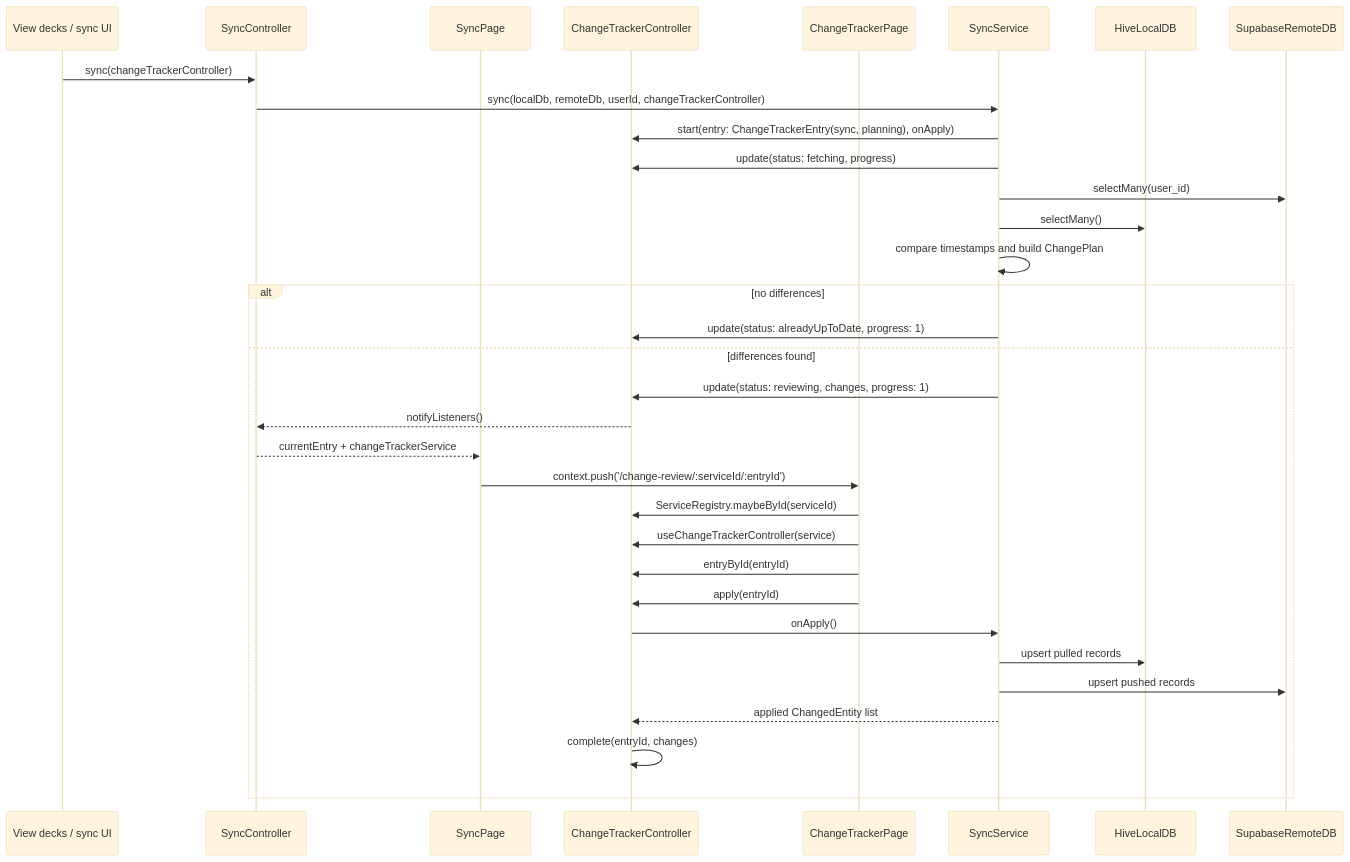
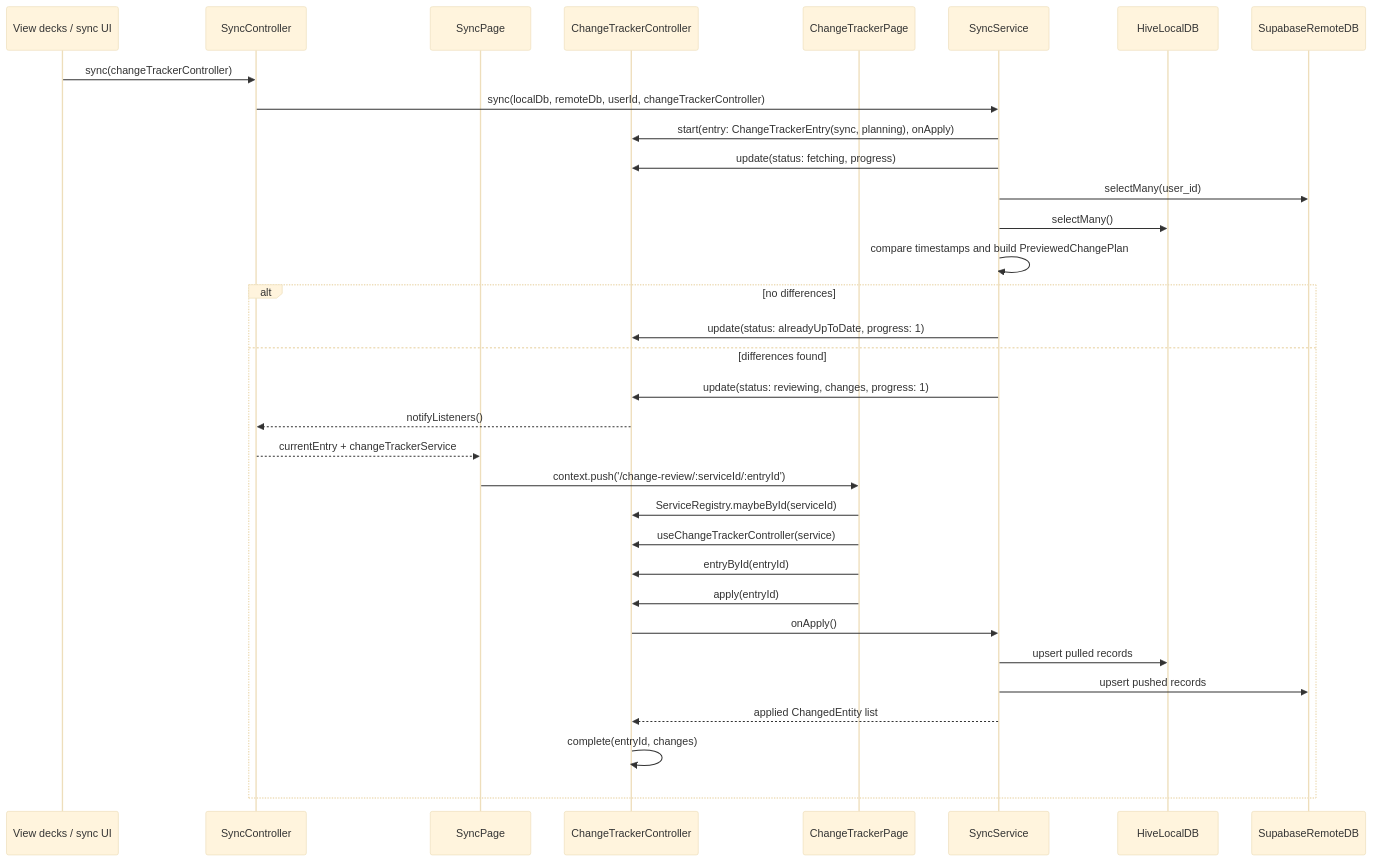
One commit to GuyWithBag/boo_mondai changed the third of 5 diagrams in lib/features/change_tracker/documentation/change_tracker.md. Above: the diagram before and after it, drawn with Mermaid (base theme). The commit also changed other lines of this file and 101 other files, not shown here.

````diff
--- a/lib/features/change_tracker/documentation/change_tracker.md
+++ b/lib/features/change_tracker/documentation/change_tracker.md
@@ -131,37 +131,37 @@
 ```mermaid
 sequenceDiagram
     participant UI as View decks / sync UI
     participant SyncController as SyncController
     participant SyncPage as SyncPage
     participant Controller as ChangeTrackerController
     participant ReviewPage as ChangeTrackerPage
     participant Service as SyncService
     participant Local as HiveLocalDB
     participant Remote as SupabaseRemoteDB
 
     UI->>SyncController: sync(changeTrackerController)
     SyncController->>Service: sync(localDb, remoteDb, userId, changeTrackerController)
     Service->>Controller: start(entry: ChangeTrackerEntry(sync, planning), onApply)
     Service->>Controller: update(status: fetching, progress)
     Service->>Remote: selectMany(user_id)
     Service->>Local: selectMany()
-    Service->>Service: compare timestamps and build ChangePlan
+    Service->>Service: compare timestamps and build PreviewedChangePlan
 
     alt no differences
         Service->>Controller: update(status: alreadyUpToDate, progress: 1)
     else differences found
         Service->>Controller: update(status: reviewing, changes, progress: 1)
         Controller-->>SyncController: notifyListeners()
         SyncController-->>SyncPage: currentEntry + changeTrackerService
         SyncPage->>ReviewPage: context.push('/change-review/:serviceId/:entryId')
         ReviewPage->>Controller: ServiceRegistry.maybeById(serviceId)
         ReviewPage->>Controller: useChangeTrackerController(service)
         ReviewPage->>Controller: entryById(entryId)
         ReviewPage->>Controller: apply(entryId)
         Controller->>Service: onApply()
         Service->>Local: upsert pulled records
         Service->>Remote: upsert pushed records
         Service-->>Controller: applied ChangedEntity list
         Controller->>Controller: complete(entryId, changes)
     end
 ```
````
